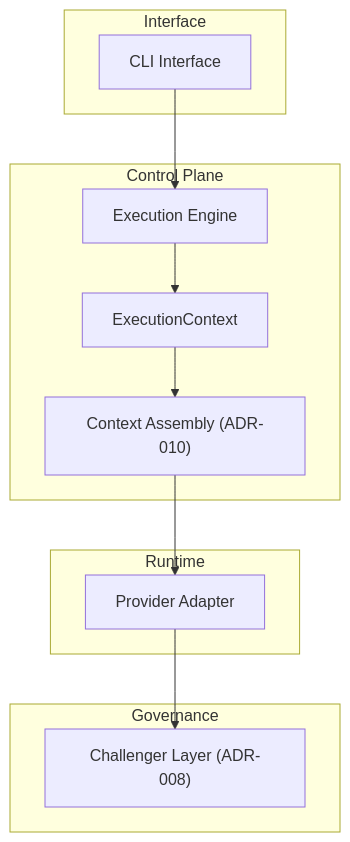
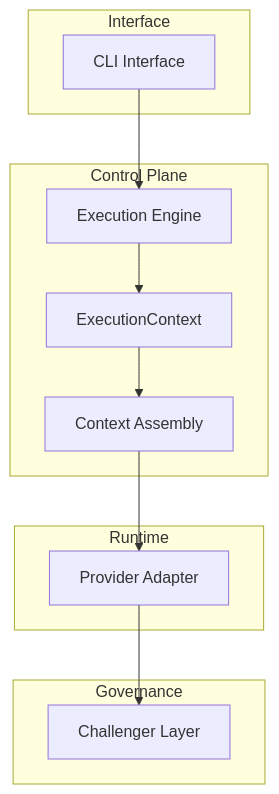
The second of 4 diagrams in README.md (CevenJKnowles/io-architecture), drawn with Mermaid before and after one commit. The commit also changed other lines of this file, not shown here.

````diff
--- a/README.md
+++ b/README.md
@@ -157,27 +94,22 @@
-``` mermaid
+```mermaid
 flowchart TB
-
 subgraph Interface
 CLI["CLI Interface"]
 end
-
 subgraph ControlPlane["Control Plane"]
 ENGINE["Execution Engine"]
 CTX["ExecutionContext"]
-ASSEMBLY["Context Assembly (ADR-010)"]
+ASSEMBLY["Context Assembly"]
 end
-
 subgraph Runtime
 PROVIDER["Provider Adapter"]
 end
-
 subgraph Governance
-CHALLENGER["Challenger Layer (ADR-008)"]
+CHALLENGER["Challenger Layer"]
 end
-
 CLI --> ENGINE
 ENGINE --> CTX
 CTX --> ASSEMBLY
 ASSEMBLY --> PROVIDER
 PROVIDER --> CHALLENGER
 ```
````
